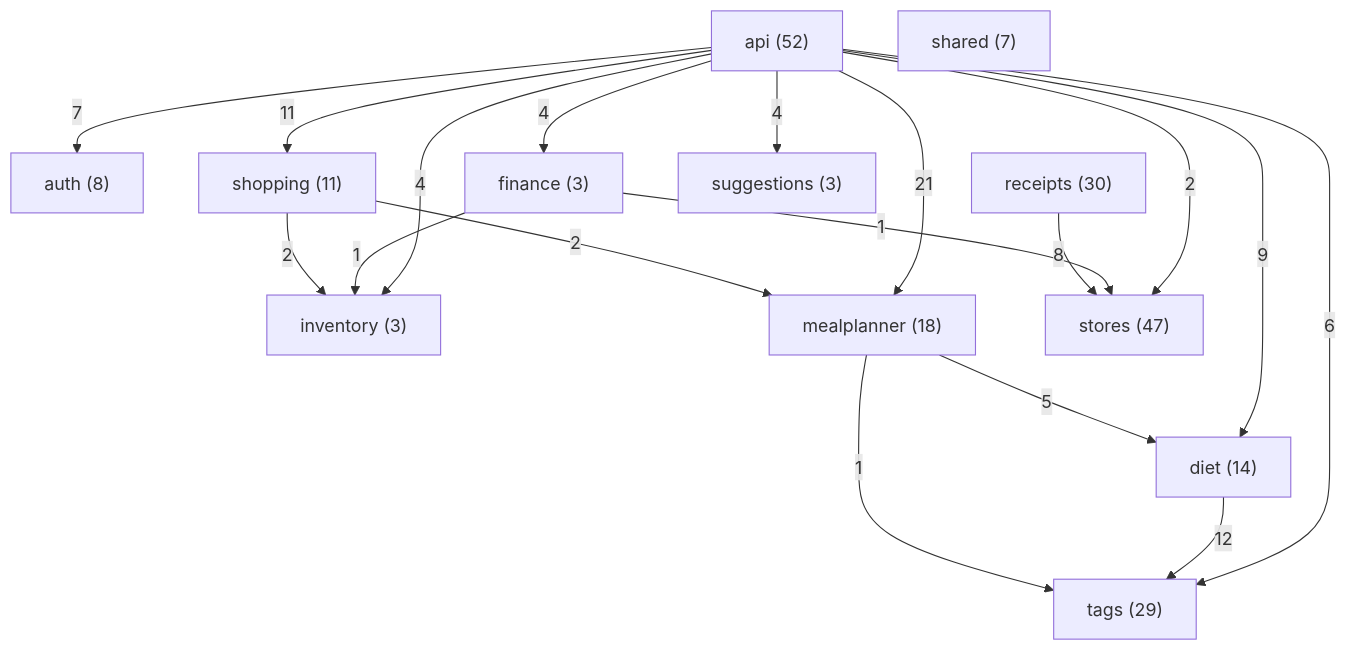
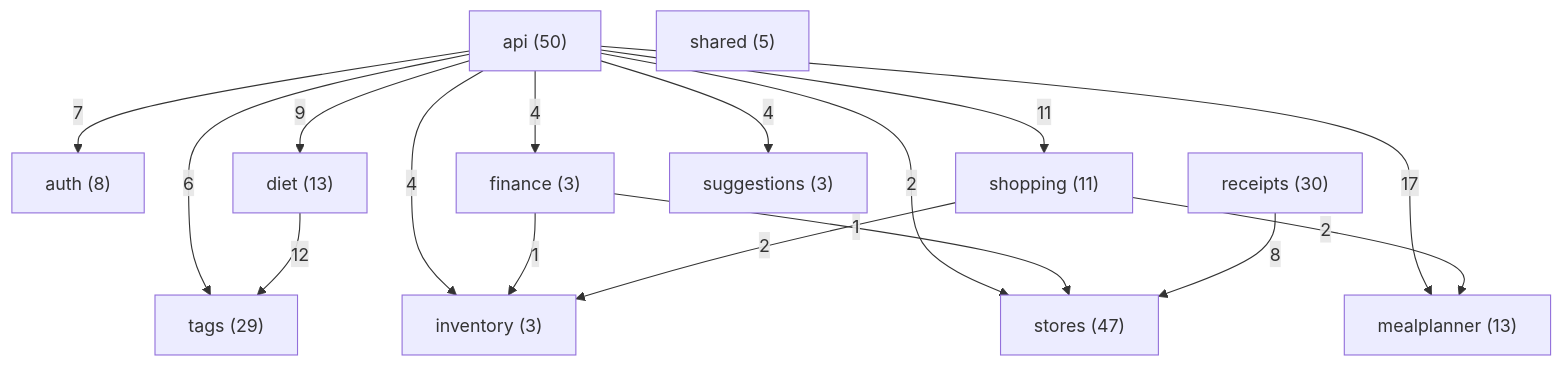
One commit to Nate-ryan-7690/dahaem changed the diagram in docs/classes/README.md. Above: the diagram before and after it, drawn with Mermaid. The commit also changed other lines of this file and 7 other files, not shown here.

````diff
--- a/docs/classes/README.md
+++ b/docs/classes/README.md
@@ -9,32 +9,30 @@
 ```mermaid
 flowchart TD
-    api["api (52)"]
+    api["api (50)"]
     auth["auth (8)"]
-    diet["diet (14)"]
+    diet["diet (13)"]
     finance["finance (3)"]
     inventory["inventory (3)"]
-    mealplanner["mealplanner (18)"]
+    mealplanner["mealplanner (13)"]
     receipts["receipts (30)"]
-    shared["shared (7)"]
+    shared["shared (5)"]
     shopping["shopping (11)"]
     stores["stores (47)"]
     suggestions["suggestions (3)"]
     tags["tags (29)"]
     api -->|7| auth
     api -->|9| diet
     api -->|4| finance
     api -->|4| inventory
-    api -->|21| mealplanner
+    api -->|17| mealplanner
     api -->|11| shopping
     api -->|2| stores
     api -->|4| suggestions
     api -->|6| tags
     diet -->|12| tags
     finance -->|1| inventory
     finance -->|1| stores
-    mealplanner -->|5| diet
-    mealplanner -->|1| tags
     receipts -->|8| stores
     shopping -->|2| inventory
     shopping -->|2| mealplanner
 ```
````
